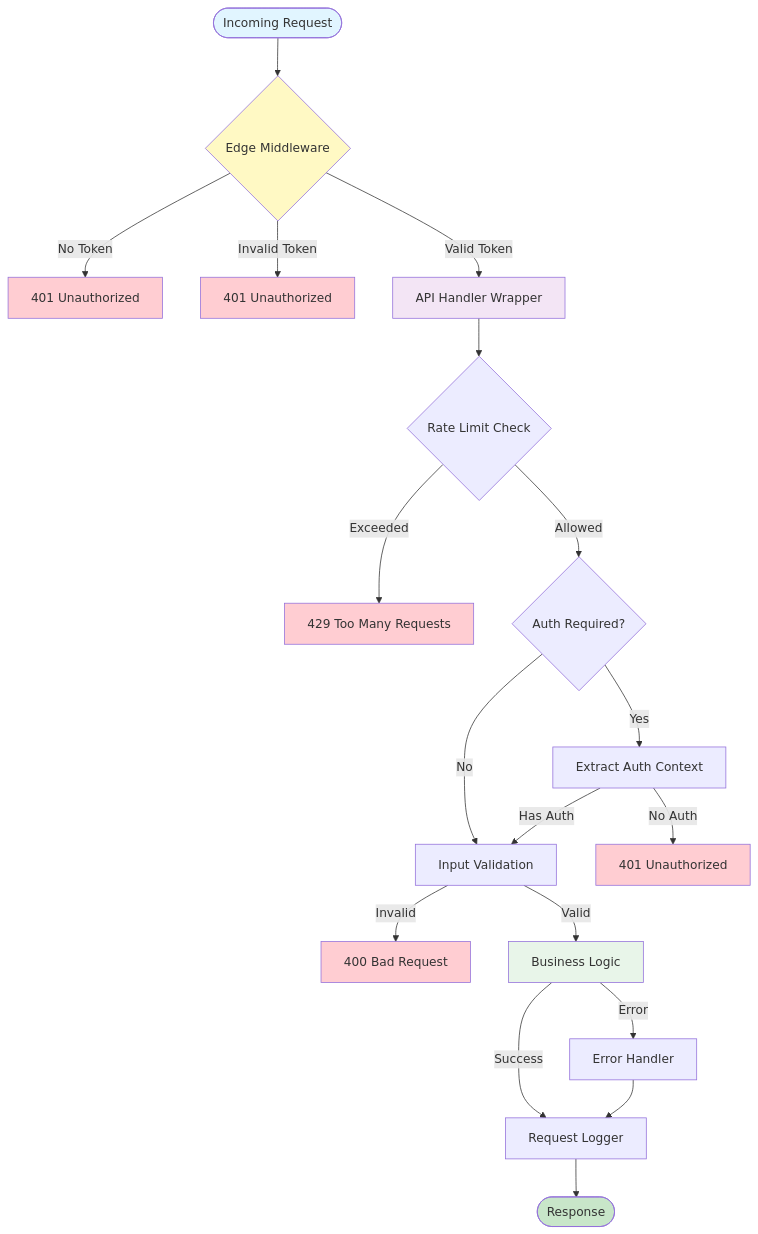
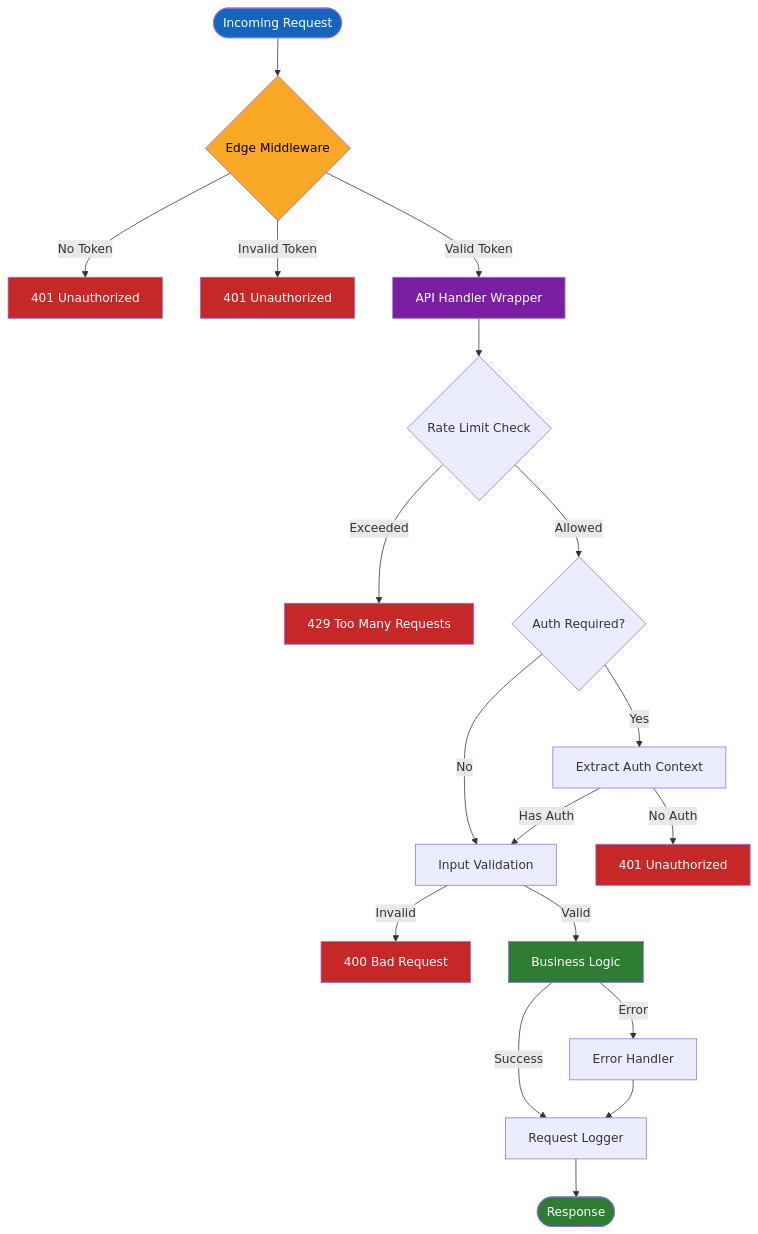
One commit to v1becheck/Next.js-SaaS-Starter changed the tenth of 15 diagrams in DIAGRAMS.md. Above: the diagram before and after it, drawn with Mermaid. The commit also changed other lines of this file, not shown here.

````diff
--- a/DIAGRAMS.md
+++ b/DIAGRAMS.md
@@ -471,37 +471,37 @@
 ```mermaid
 flowchart TD
     Start([Incoming Request]) --> Middleware{Edge Middleware}
     
     Middleware -->|No Token| Reject1[401 Unauthorized]
     Middleware -->|Invalid Token| Reject2[401 Unauthorized]
     Middleware -->|Valid Token| Handler[API Handler Wrapper]
     
     Handler --> RateLimit{Rate Limit Check}
     RateLimit -->|Exceeded| Reject3[429 Too Many Requests]
     RateLimit -->|Allowed| AuthCheck{Auth Required?}
     
     AuthCheck -->|No| Validate[Input Validation]
     AuthCheck -->|Yes| ExtractAuth[Extract Auth Context]
     ExtractAuth -->|No Auth| Reject4[401 Unauthorized]
     ExtractAuth -->|Has Auth| Validate
     
     Validate -->|Invalid| Reject5[400 Bad Request]
     Validate -->|Valid| BusinessLogic[Business Logic]
     
     BusinessLogic -->|Error| ErrorHandler[Error Handler]
     BusinessLogic -->|Success| Logger[Request Logger]
     
     ErrorHandler --> Logger
     Logger --> Response([Response])
     
-    style Start fill:#e1f5ff
-    style Response fill:#c8e6c9
-    style Reject1 fill:#ffcdd2
-    style Reject2 fill:#ffcdd2
-    style Reject3 fill:#ffcdd2
-    style Reject4 fill:#ffcdd2
-    style Reject5 fill:#ffcdd2
-    style Middleware fill:#fff9c4
-    style Handler fill:#f3e5f5
-    style BusinessLogic fill:#e8f5e9
+    style Start fill:#1565c0,color:#fff
+    style Response fill:#2e7d32,color:#fff
+    style Reject1 fill:#c62828,color:#fff
+    style Reject2 fill:#c62828,color:#fff
+    style Reject3 fill:#c62828,color:#fff
+    style Reject4 fill:#c62828,color:#fff
+    style Reject5 fill:#c62828,color:#fff
+    style Middleware fill:#f9a825,color:#000
+    style Handler fill:#7b1fa2,color:#fff
+    style BusinessLogic fill:#2e7d32,color:#fff
 ```
````
